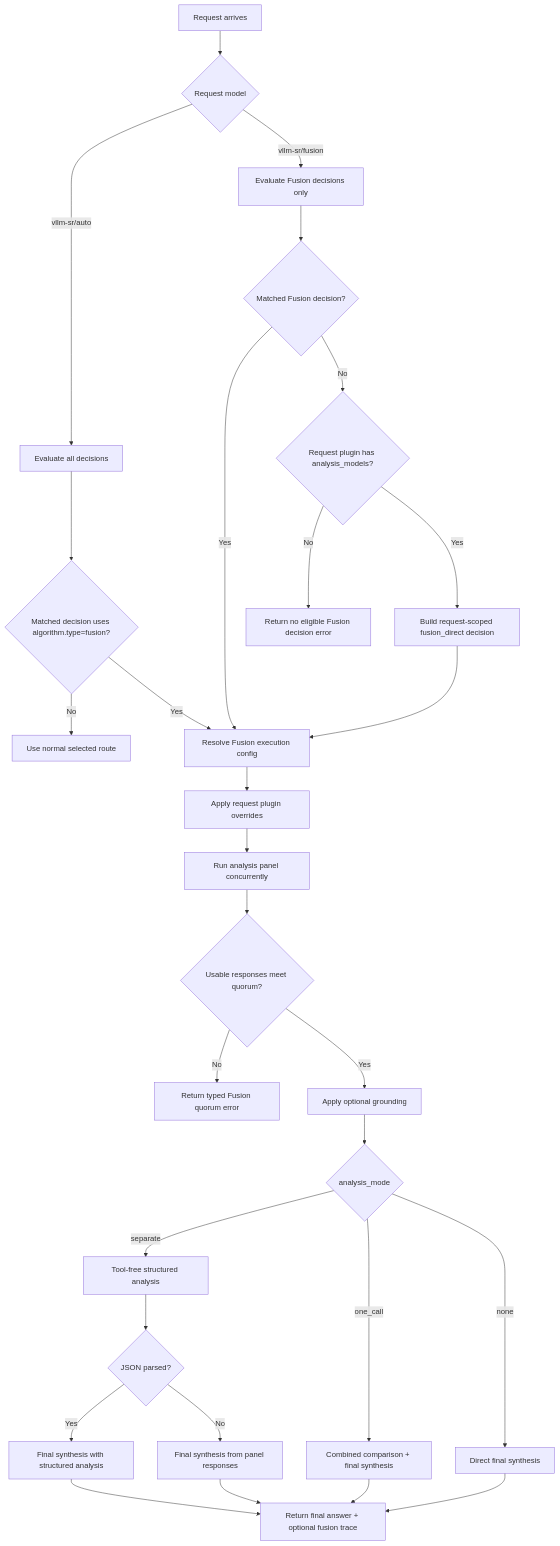
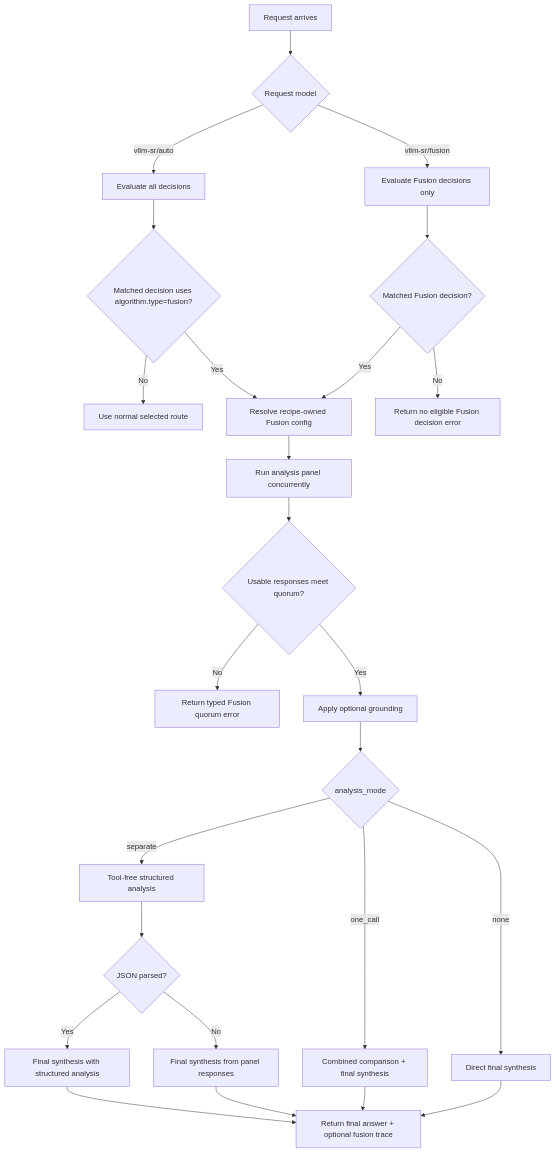
Before and after one commit to vllm-project/semantic-router: the diagram in website/docs/tutorials/algorithm/looper/fusion.md, drawn with Mermaid. The commit also changed other lines of this file and 3 other files, not shown here.

Commit message:
[Fix] Enforce recipe-owned Fusion execution controls

````diff
--- a/website/docs/tutorials/algorithm/looper/fusion.md
+++ b/website/docs/tutorials/algorithm/looper/fusion.md
@@ -52,31 +51,27 @@
 ```mermaid
 flowchart TD
     A[Request arrives] --> B{Request model}
     B -- vllm-sr/auto --> C[Evaluate all decisions]
     B -- vllm-sr/fusion --> D[Evaluate Fusion decisions only]
     C --> E{Matched decision uses algorithm.type=fusion?}
     D --> F{Matched Fusion decision?}
     E -- No --> G[Use normal selected route]
-    E -- Yes --> H[Resolve Fusion execution config]
+    E -- Yes --> H[Resolve recipe-owned Fusion config]
     F -- Yes --> H
-    F -- No --> I{Request plugin has analysis_models?}
-    I -- No --> J[Return no eligible Fusion decision error]
-    I -- Yes --> K[Build request-scoped fusion_direct decision]
-    K --> H
-    H --> L[Apply request plugin overrides]
-    L --> M[Run analysis panel concurrently]
+    F -- No --> J[Return no eligible Fusion decision error]
+    H --> M[Run analysis panel concurrently]
     M --> N{Usable responses meet quorum?}
     N -- No --> O[Return typed Fusion quorum error]
     N -- Yes --> P[Apply optional grounding]
     P --> Q{analysis_mode}
     Q -- separate --> R[Tool-free structured analysis]
     R --> S{JSON parsed?}
     S -- Yes --> T[Final synthesis with structured analysis]
     S -- No --> U[Final synthesis from panel responses]
     Q -- one_call --> V[Combined comparison + final synthesis]
     Q -- none --> W[Direct final synthesis]
     T --> X[Return final answer + optional fusion trace]
     U --> X
     V --> X
     W --> X
 ```
````
